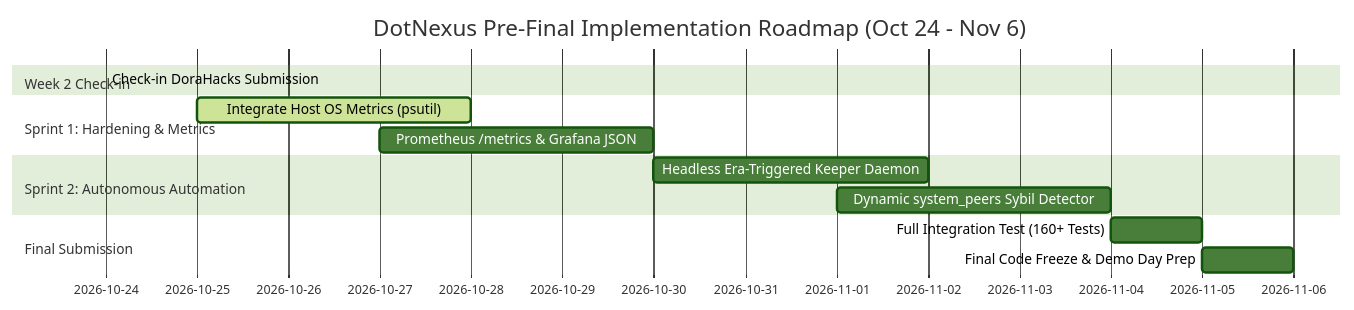
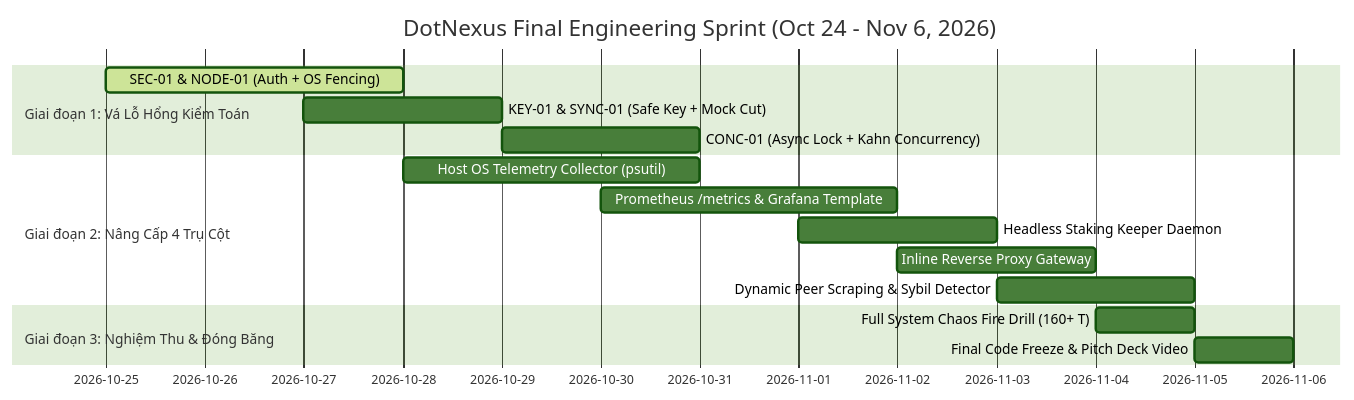
Before and after one commit to DanhCaTuanNgoc/DotNexus: the diagram in TECHNICAL_GAPS_AND_ENHANCEMENT_ROADMAP.md, drawn with Mermaid (forest theme). The commit also changed other lines of this file, not shown here.

Commit message:
docs: finalize technical gaps roadmap with comprehensive audit remediation and 4-pillar enhancement specifications

````diff
--- a/TECHNICAL_GAPS_AND_ENHANCEMENT_ROADMAP.md
+++ b/TECHNICAL_GAPS_AND_ENHANCEMENT_ROADMAP.md
@@ -164,16 +152,18 @@
 ```mermaid
 gantt
-    title DotNexus Pre-Final Implementation Roadmap (Oct 24 - Nov 6)
+    title DotNexus Final Engineering Sprint (Oct 24 - Nov 6, 2026)
     dateFormat  YYYY-MM-DD
-    section Week 2 Check-in
-    Check-in DoraHacks Submission       :done,    des1, 2026-10-24, 2026-10-24
-    section Sprint 1: Hardening & Metrics
-    Integrate Host OS Metrics (psutil)  :active,  p1, 2026-10-25, 2026-10-28
-    Prometheus /metrics & Grafana JSON  :         p2, 2026-10-27, 2026-10-30
-    section Sprint 2: Autonomous Automation
-    Headless Era-Triggered Keeper Daemon:         p3, 2026-10-30, 2026-11-02
-    Dynamic system_peers Sybil Detector :         p4, 2026-11-01, 2026-11-04
-    section Final Submission
-    Full Integration Test (160+ Tests)  :         p5, 2026-11-04, 2026-11-05
-    Final Code Freeze & Demo Day Prep   :         p6, 2026-11-05, 2026-11-06
+    section Giai đoạn 1: Vá Lỗ Hổng Kiểm Toán
+    SEC-01 & NODE-01 (Auth + OS Fencing)   :active, a1, 2026-10-25, 2026-10-28
+    KEY-01 & SYNC-01 (Safe Key + Mock Cut) :        a2, 2026-10-27, 2026-10-29
+    CONC-01 (Async Lock + Kahn Concurrency):        a3, 2026-10-29, 2026-10-31
+    section Giai đoạn 2: Nâng Cấp 4 Trụ Cột
+    Host OS Telemetry Collector (psutil)   :        b1, 2026-10-28, 2026-10-31
+    Prometheus /metrics & Grafana Template :        b2, 2026-10-30, 2026-11-02
+    Headless Staking Keeper Daemon         :        b3, 2026-11-01, 2026-11-03
+    Inline Reverse Proxy Gateway           :        b4, 2026-11-02, 2026-11-04
+    Dynamic Peer Scraping & Sybil Detector :        b5, 2026-11-03, 2026-11-05
+    section Giai đoạn 3: Nghiệm Thu & Đóng Băng
+    Full System Chaos Fire Drill (160+ T)  :        c1, 2026-11-04, 2026-11-05
+    Final Code Freeze & Pitch Deck Video   :        c2, 2026-11-05, 2026-11-06
 ```
````
